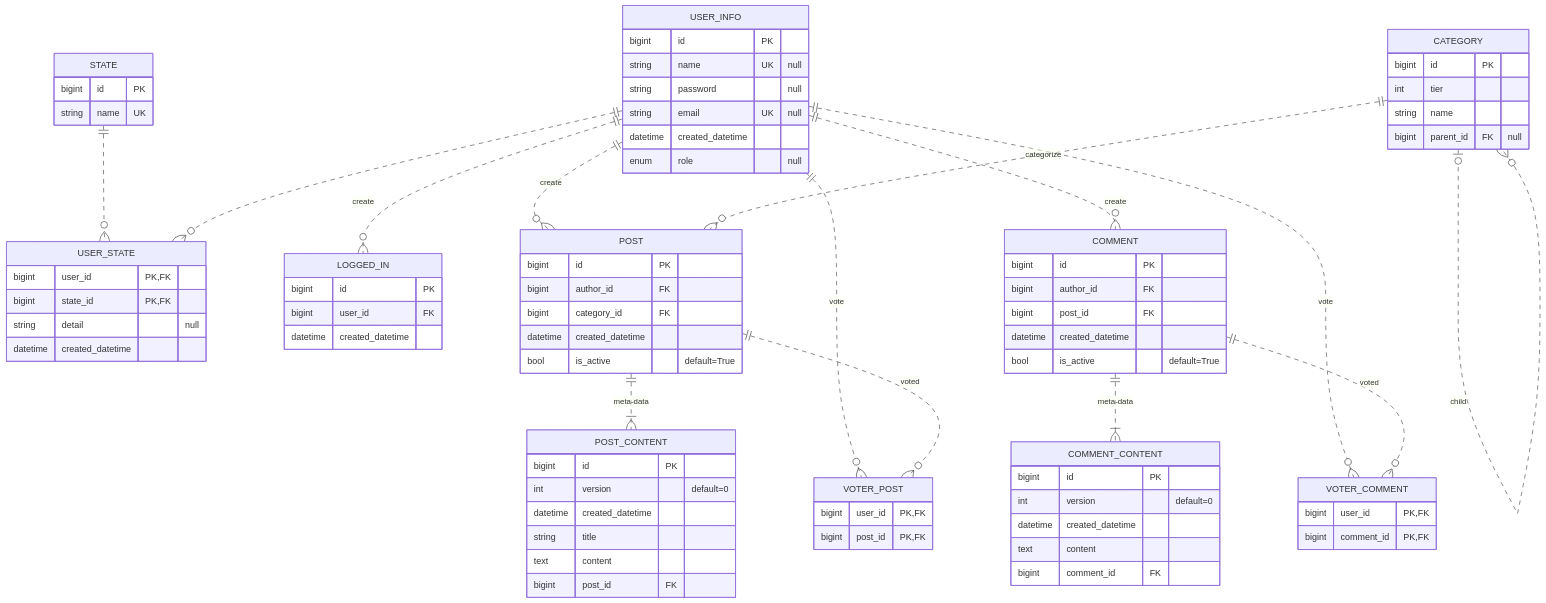
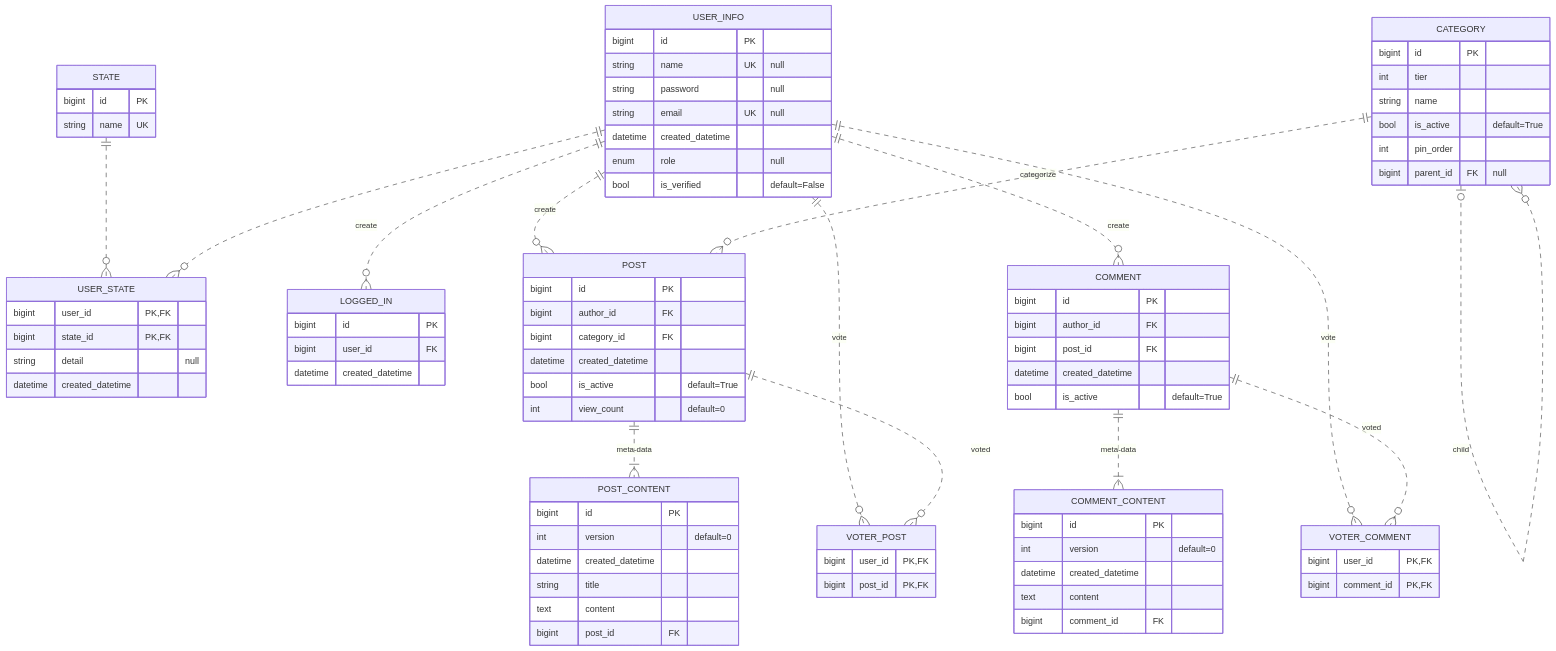
Before and after one commit to djccnt15/spring_board: the diagram in README.md, drawn with Mermaid.

Commit message:
update ERD in README.md

```diff
--- a/README.md
+++ b/README.md
@@ -27,7 +27,8 @@
         string      password                "null"
         string      email               UK  "null"
         datetime    created_datetime
-        enum      role                      "null"
+        enum        role                    "null"
+        bool        is_verified             "default=False"
     }
 
     STATE ||..o{ USER_STATE : ""
@@ -51,6 +52,8 @@
         bigint      id          PK
         int         tier
         string      name
+        bool        is_active       "default=True"
+        int         pin_order
         bigint      parent_id   FK  "null"
     }
 
@@ -62,6 +65,7 @@
         bigint      category_id         FK
         datetime    created_datetime
         bool        is_active               "default=True"
+        int         view_count              "default=0"
     }
 
     POST ||..|{ POST_CONTENT : meta-data
@@ -92,11 +96,11 @@
 
     COMMENT ||..|{ COMMENT_CONTENT : meta-data
     COMMENT_CONTENT {
-        bigint id PK
-        int version "default=0"
-        datetime created_datetime
-        text content
-        bigint comment_id FK
+        bigint      id                  PK
+        int         version                 "default=0"
+        datetime    created_datetime
+        text        content
+        bigint      comment_id          FK
     }
 
     USER_INFO ||..o{ VOTER_COMMENT : vote
```
